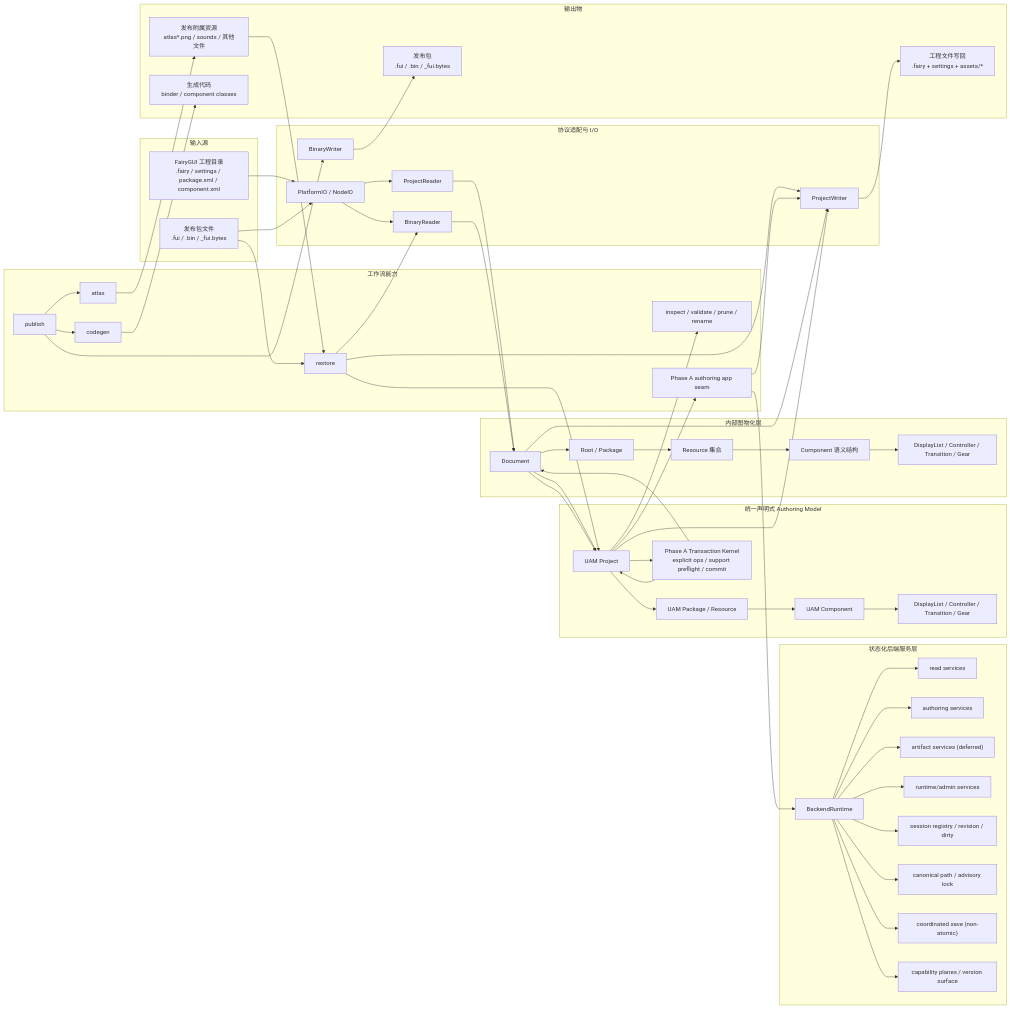
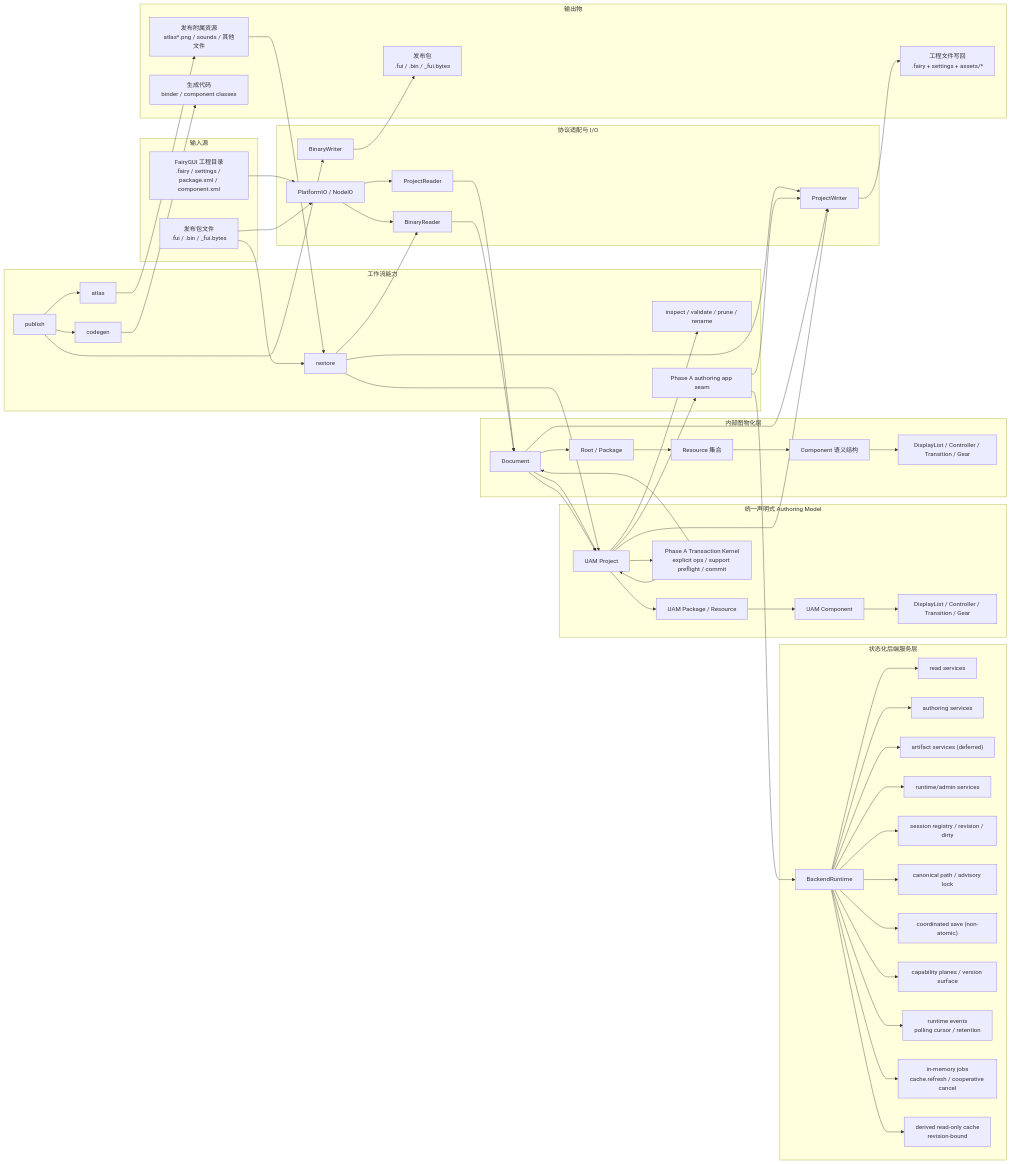
The first of 2 diagrams in docs/architecture-overview.md (OpenFairyGUI/OpenFairyGUI), drawn with Mermaid before and after one commit. The commit also changed other lines of this file and 25 other files, not shown here.

```diff
--- a/docs/architecture-overview.md
+++ b/docs/architecture-overview.md
@@ -59,6 +59,9 @@
         LK["canonical path / advisory lock"]
         SV["coordinated save (non-atomic)"]
         CAP["capability planes / version surface"]
+        EV["runtime events<br/>polling cursor / retention"]
+        JOB["in-memory jobs<br/>cache.refresh / cooperative cancel"]
+        CACHE["derived read-only cache<br/>revision-bound"]
     end
 
     subgraph OUT["输出物"]
@@ -89,6 +92,9 @@
     RT --> LK
     RT --> SV
     RT --> CAP
+    RT --> EV
+    RT --> JOB
+    RT --> CACHE
     PUB --> ATLAS
     PUB --> BW
     PUB --> CG
```
